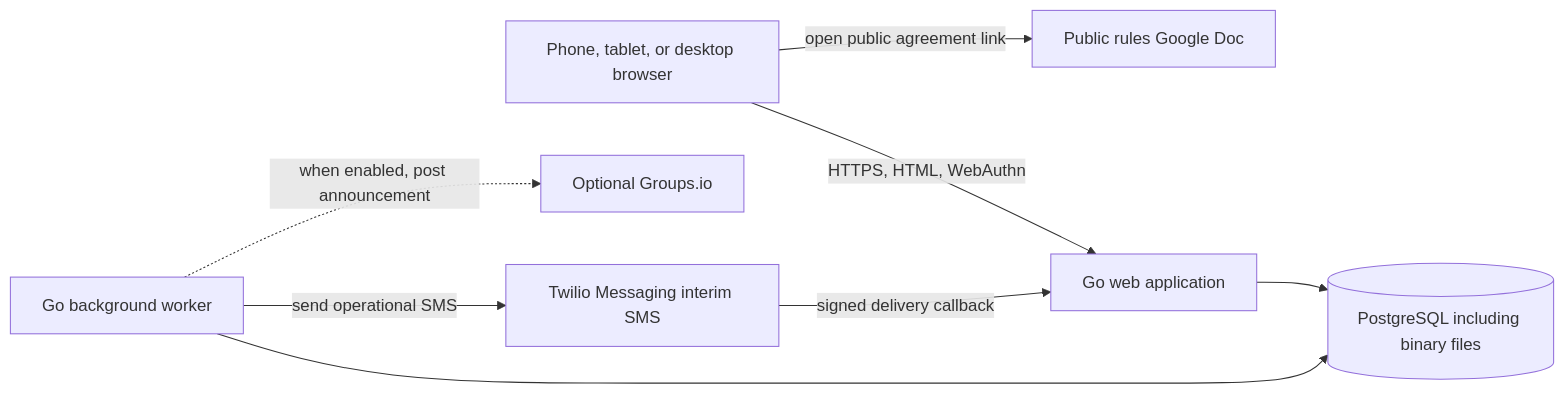
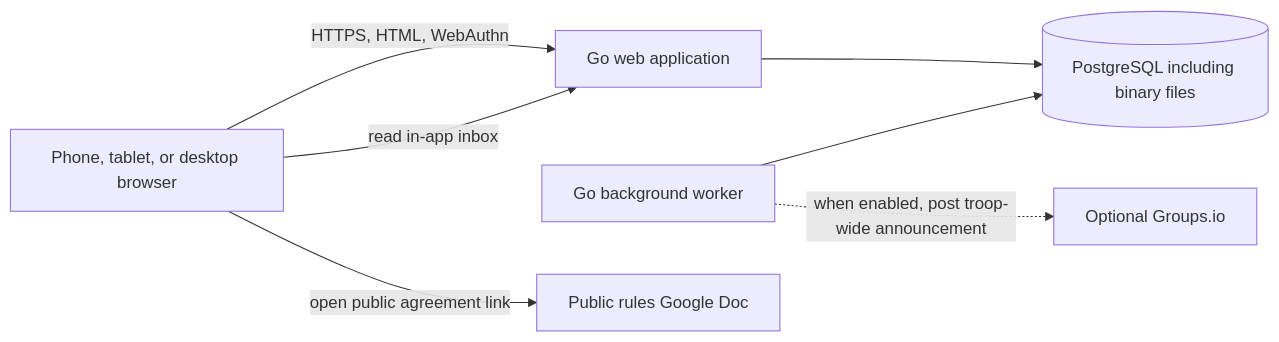
The first of 2 diagrams in docs/architecture.md (BennettSmith/T900TreeLot), drawn with Mermaid before and after one commit. The commit also changed other lines of this file and 16 other files, not shown here.

First line of the commit message:
docs: replace SMS notifications with in-app inbox and Groups.io (#3)

````diff
--- a/docs/architecture.md
+++ b/docs/architecture.md
@@ -71,18 +72,16 @@
 ```mermaid
 flowchart LR
     Browser[Phone, tablet, or desktop browser]
     Web[Go web application]
     Worker[Go background worker]
     DB[(PostgreSQL including binary files)]
-    Twilio[Twilio Messaging interim SMS]
     Groups[Optional Groups.io]
     Google[Public rules Google Doc]
 
     Browser -->|HTTPS, HTML, WebAuthn| Web
     Browser -->|open public agreement link| Google
+    Browser -->|read in-app inbox| Web
     Web --> DB
     Worker --> DB
-    Worker -->|send operational SMS| Twilio
-    Worker -.->|when enabled, post announcement| Groups
-    Twilio -->|signed delivery callback| Web
+    Worker -.->|when enabled, post troop-wide announcement| Groups
 ```
````
